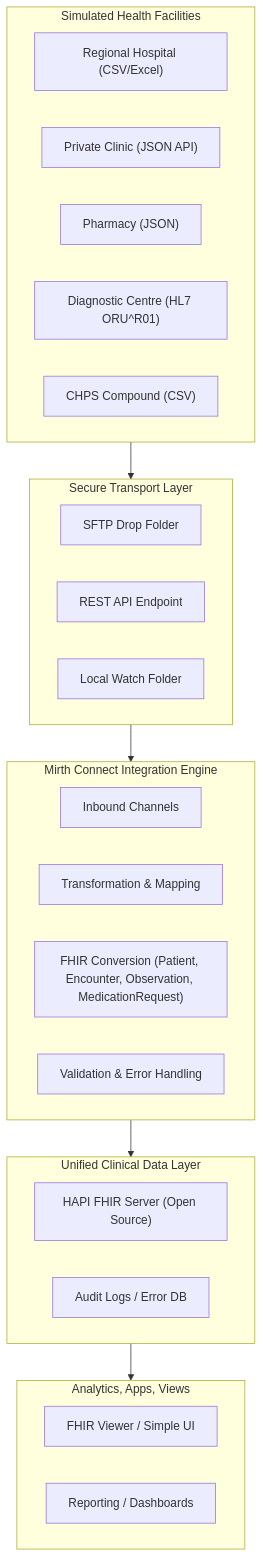
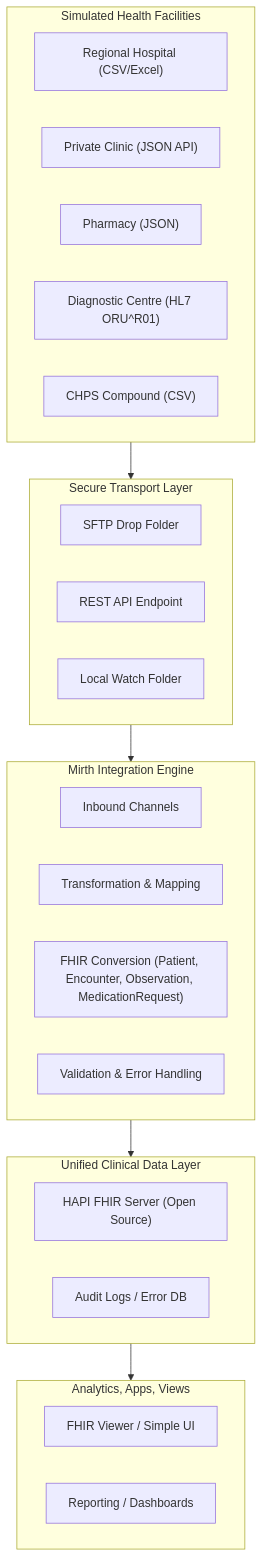
Before and after one commit to Purplewells/StudentHealthcare: the first of 2 diagrams in README.md, drawn with Mermaid.

Commit message:
Update subgraph title for Mirth Integration Engine
Update the subgraph title for Mirth Integration Engine to offer clarity to the overview of the idea.

````diff
--- a/README.md
+++ b/README.md
@@ -25,40 +25,40 @@
 ```mermaid
 flowchart TD
     subgraph ClinicSources["Simulated Health Facilities"]
         A1["Regional Hospital (CSV/Excel)"]
         A2["Private Clinic (JSON API)"]
         A3["Pharmacy (JSON)"]
         A4["Diagnostic Centre (HL7 ORU^R01)"]
         A5["CHPS Compound (CSV)"]
     end
 
     subgraph Transport["Secure Transport Layer"]
         B1["SFTP Drop Folder"]
         B2["REST API Endpoint"]
         B3["Local Watch Folder"]
     end
 
-    subgraph Integration["Mirth Connect Integration Engine"]
+    subgraph Integration["Mirth Integration Engine"]
         C1["Inbound Channels"]
         C2["Transformation & Mapping"]
         C3["FHIR Conversion (Patient, Encounter, Observation, MedicationRequest)"]
         C4["Validation & Error Handling"]
     end
 
     subgraph Storage["Unified Clinical Data Layer"]
         D1["HAPI FHIR Server (Open Source)"]
         D2["Audit Logs / Error DB"]
     end
 
     subgraph Analytics["Analytics, Apps, Views"]
         E1["FHIR Viewer / Simple UI"]
         E2["Reporting / Dashboards"]
     end
 
     %% Connections
     ClinicSources --> Transport
     Transport --> Integration
     Integration --> Storage
     Storage --> Analytics
 
 ```
````
